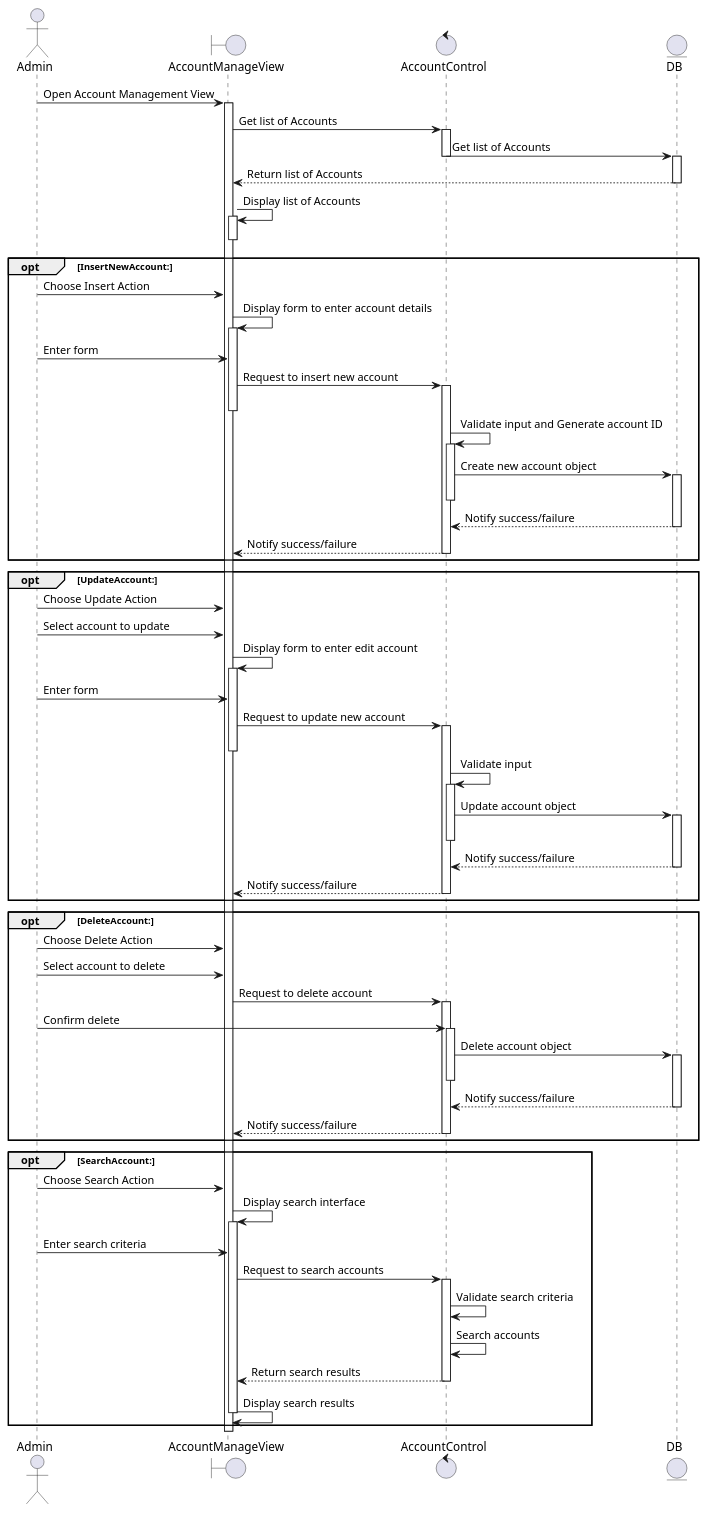
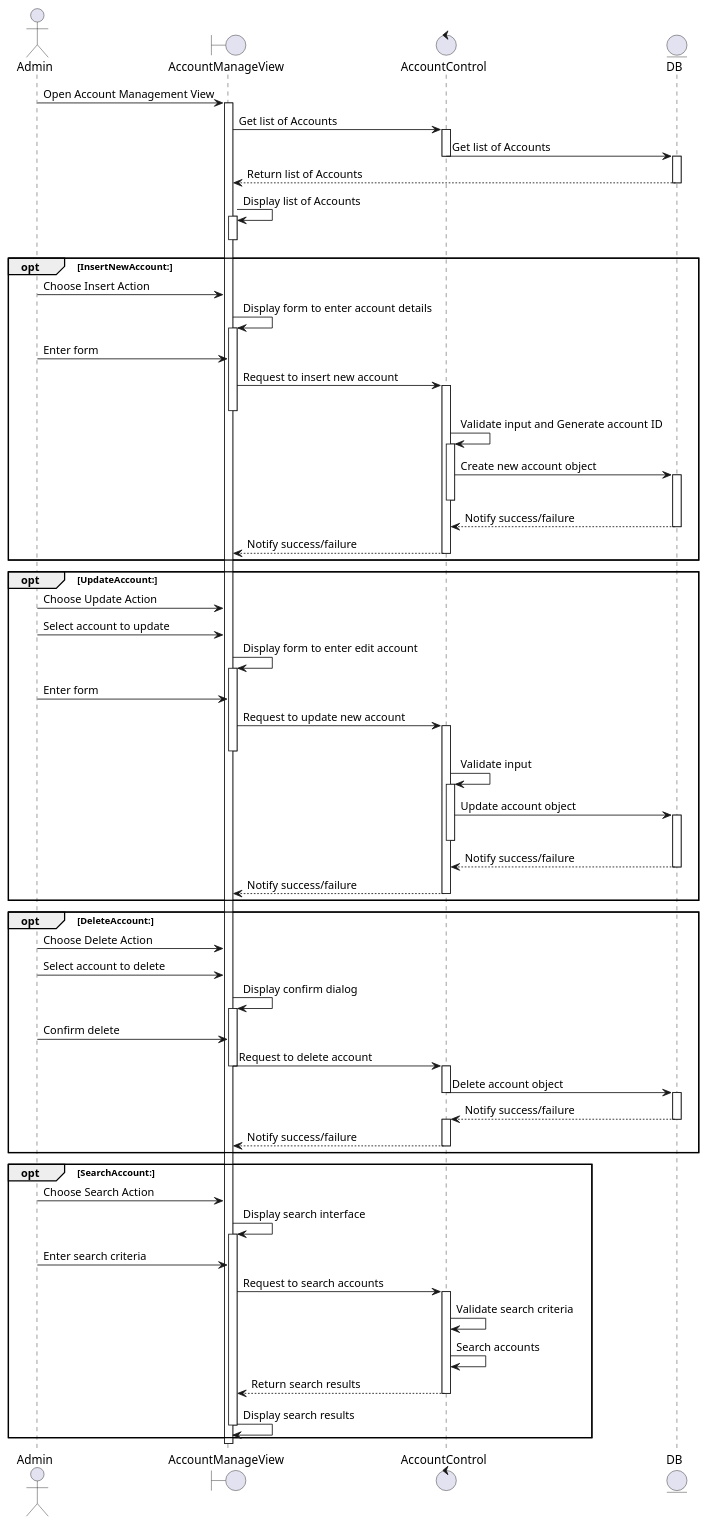
The diagram in Lab 1/Lab 1.2/sequence_diagram/seqManageAccount.plantuml (phamnhutdanh/SE357-Pratice-class), drawn with PlantUML before and after one commit. The commit also changed 55 other files, not shown here.

```diff
--- a/Lab 1/Lab 1.2/sequence_diagram/seqManageAccount.plantuml
+++ b/Lab 1/Lab 1.2/sequence_diagram/seqManageAccount.plantuml
@@ -1,90 +1,95 @@
 @startuml 
 actor Admin 
 boundary AccountManageView 
 control AccountControl
 entity DB 
 
 Admin -> AccountManageView: Open Account Management View
 activate AccountManageView 
 AccountManageView -> AccountControl : Get list of Accounts
 activate AccountControl 
 AccountControl -> DB: Get list of Accounts
 deactivate AccountControl
 activate DB
 DB --> AccountManageView: Return list of Accounts
 deactivate DB
 AccountManageView -> AccountManageView: Display list of Accounts
 activate AccountManageView 
 deactivate AccountManageView 
 
 opt InsertNewAccount:
     Admin -> AccountManageView: Choose Insert Action
     AccountManageView -> AccountManageView: Display form to enter account details
     activate AccountManageView
     Admin-> AccountManageView : Enter form
     AccountManageView -> AccountControl: Request to insert new account
     activate AccountControl    
     deactivate AccountManageView
     AccountControl -> AccountControl: Validate input and Generate account ID
     activate AccountControl
     AccountControl -> DB: Create new account object
     activate DB
     deactivate AccountControl
     DB--> AccountControl : Notify success/failure
     deactivate DB
     AccountControl --> AccountManageView: Notify success/failure
     deactivate AccountControl
 end   
 
 opt UpdateAccount:
     Admin -> AccountManageView: Choose Update Action
     Admin -> AccountManageView: Select account to update
     AccountManageView -> AccountManageView: Display form to enter edit account
     activate AccountManageView
     Admin-> AccountManageView : Enter form
     AccountManageView -> AccountControl: Request to update new account
     activate AccountControl    
     deactivate AccountManageView
     AccountControl -> AccountControl: Validate input
     activate AccountControl
     AccountControl -> DB: Update account object
     activate DB
     deactivate AccountControl
     DB--> AccountControl : Notify success/failure
     deactivate DB
     AccountControl --> AccountManageView: Notify success/failure
     deactivate AccountControl
 end  
 
 opt DeleteAccount:
     Admin -> AccountManageView: Choose Delete Action
     Admin -> AccountManageView: Select account to delete
+    AccountManageView -> AccountManageView: Display confirm dialog
+    activate AccountManageView
+    Admin -> AccountManageView: Confirm delete
+    
     AccountManageView -> AccountControl: Request to delete account
+    deactivate AccountManageView
     activate AccountControl    
-    Admin -> AccountControl: Confirm delete
-    activate AccountControl
+
     AccountControl -> DB: Delete account object
+    deactivate AccountControl
     activate DB
-    deactivate AccountControl
     DB--> AccountControl : Notify success/failure
     deactivate DB
+    activate AccountControl
     AccountControl --> AccountManageView: Notify success/failure
     deactivate AccountControl
 end  
 
 opt SearchAccount:
     Admin -> AccountManageView: Choose Search Action
     AccountManageView -> AccountManageView: Display search interface
     activate AccountManageView 
     Admin -> AccountManageView: Enter search criteria
     AccountManageView -> AccountControl: Request to search accounts
     activate AccountControl
     AccountControl -> AccountControl: Validate search criteria
     AccountControl -> AccountControl: Search accounts
     AccountControl --> AccountManageView: Return search results
     deactivate AccountControl
     AccountManageView -> AccountManageView: Display search results
     deactivate AccountManageView 
 end
    deactivate AccountManageView 
 @enduml
```
